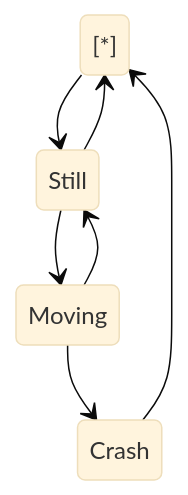
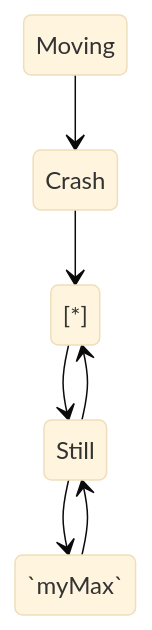
Before and after one commit to eran-swimm/t1: the first of 2 diagrams in .swm/mermaid-doc-123.h9qf0.sw.md, drawn with Mermaid (base theme). The commit also changed other lines of this file, not shown here.

Commit message:
docs(swimm): update doc: "mermaid doc 123"

````diff
--- a/.swm/mermaid-doc-123.h9qf0.sw.md
+++ b/.swm/mermaid-doc-123.h9qf0.sw.md
@@ -13,9 +13,9 @@
 ```mermaid
 stateDiagram-v2
 [\*] --> Still
 Still --> [\*]
-Still --> Moving
-Moving --> Still
+Still --> `myMax`
+`myMax` --> Still
 Moving --> Crash
 Crash --> [\*]
 ```
````
